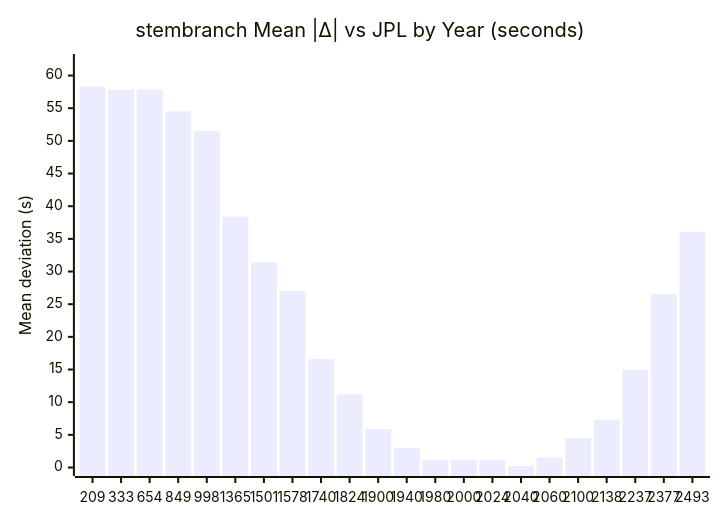
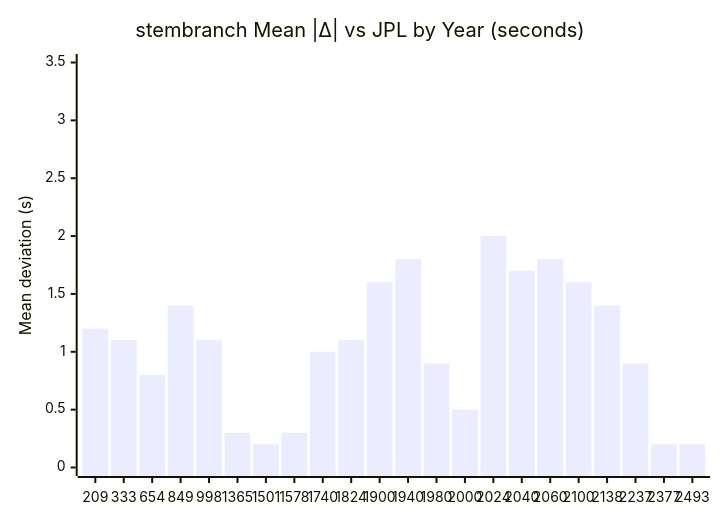
One commit to h4x0r/stem-branch changed the first of 3 diagrams in docs/accuracy.md. Above: the diagram before and after it, drawn with Mermaid. The commit also changed other lines of this file and 3 other files, not shown here.

````diff
--- a/docs/accuracy.md
+++ b/docs/accuracy.md
@@ -170,7 +159,7 @@
 ```mermaid
 xychart-beta
   title "stembranch Mean |Δ| vs JPL by Year (seconds)"
   x-axis ["209", "333", "654", "849", "998", "1365", "1501", "1578", "1740", "1824", "1900", "1940", "1980", "2000", "2024", "2040", "2060", "2100", "2138", "2237", "2377", "2493"]
-  y-axis "Mean deviation (s)" 0 --> 62
-  bar [58.3, 57.8, 57.9, 54.5, 51.5, 38.4, 31.4, 27.0, 16.6, 11.2, 5.9, 3.0, 1.2, 1.2, 1.2, 0.2, 1.5, 4.5, 7.3, 15.0, 26.5, 36.1]
+  y-axis "Mean deviation (s)" 0 --> 3.5
+  bar [1.2, 1.1, 0.8, 1.4, 1.1, 0.3, 0.2, 0.3, 1.0, 1.1, 1.6, 1.8, 0.9, 0.5, 2.0, 1.7, 1.8, 1.6, 1.4, 0.9, 0.2, 0.2]
 ```
````
